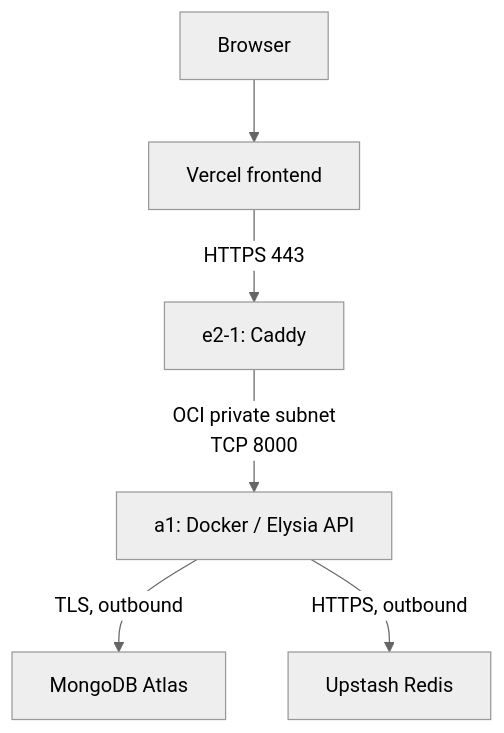
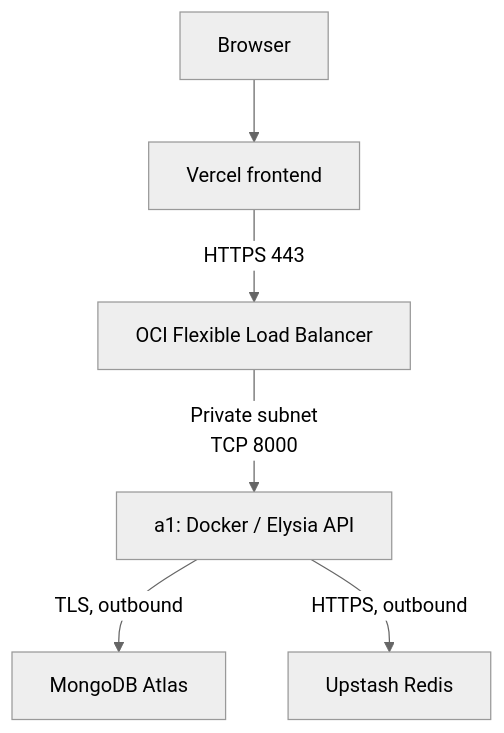
One commit to RutamBhagat/crossval changed the first of 2 diagrams in README.md. Above: the diagram before and after it, drawn with Mermaid (neutral theme). The commit also changed other lines of this file, not shown here.

Commit message:
feat: document OCI load balancer deployment architecture

````diff
--- a/README.md
+++ b/README.md
@@ -40,8 +43,8 @@
 ```mermaid
 flowchart TD
     U[Browser] --> V[Vercel frontend]
-    V -->|HTTPS 443| C[e2-1: Caddy]
-    C -->|OCI private subnet<br/>TCP 8000| A[a1: Docker / Elysia API]
+    V -->|HTTPS 443| L[OCI Flexible Load Balancer]
+    L -->|Private subnet<br/>TCP 8000| A[a1: Docker / Elysia API]
     A -->|TLS, outbound| M[MongoDB Atlas]
     A -->|HTTPS, outbound| R[Upstash Redis]
 ```
````
